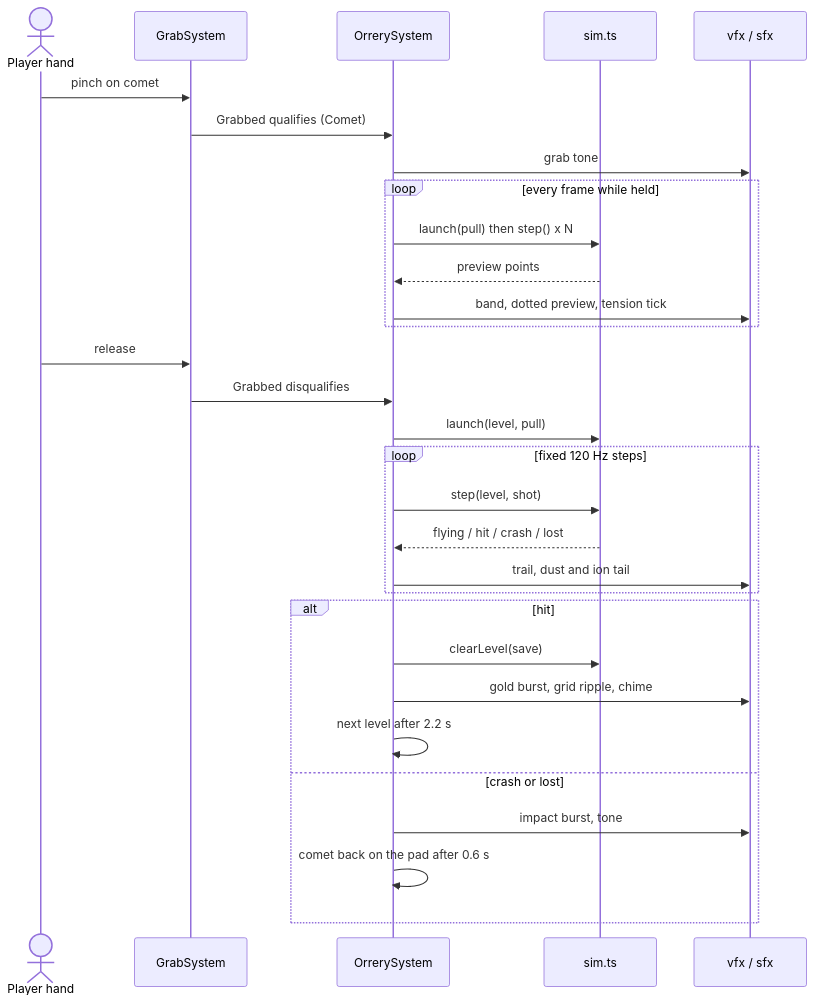
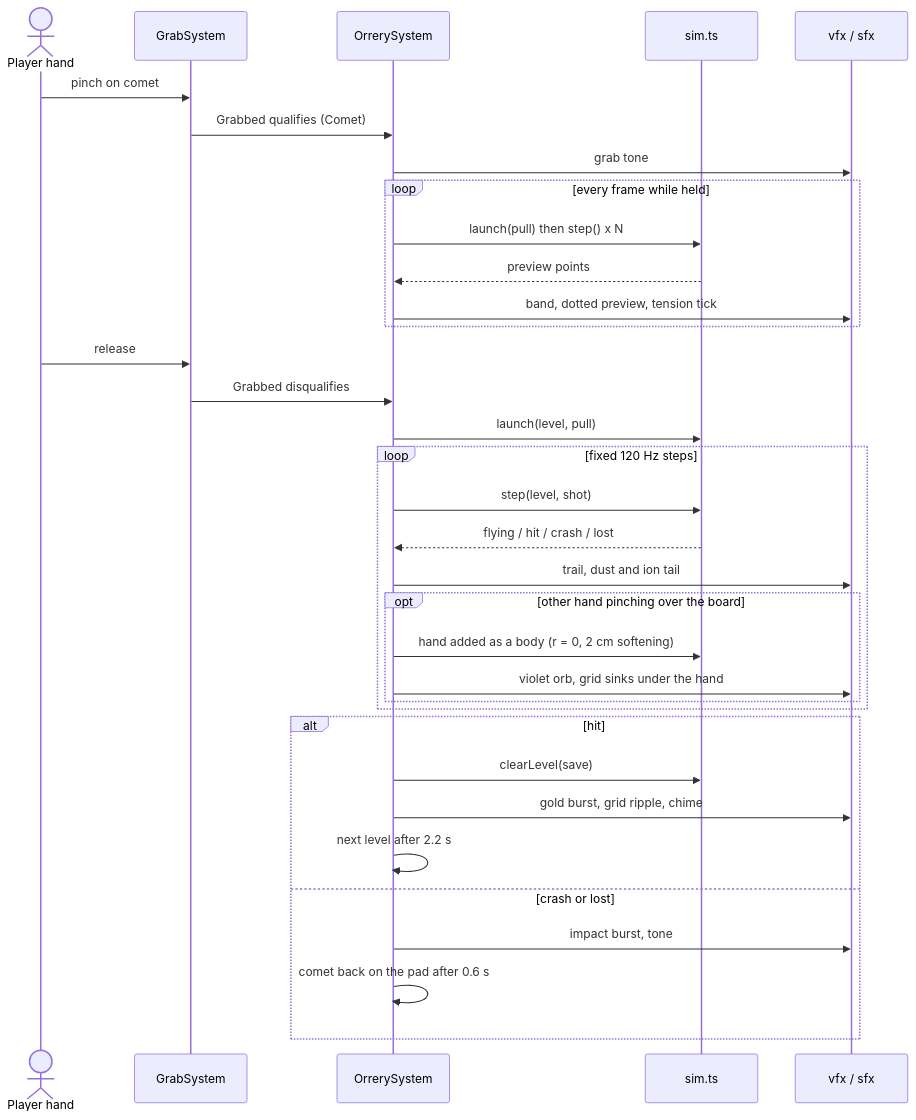
One commit to Abm32/perihelion-xr changed the second of 5 diagrams in README.md. Above: the diagram before and after it, drawn with Mermaid. The commit also changed other lines of this file and 6 other files, not shown here.

````diff
--- a/README.md
+++ b/README.md
@@ -95,33 +100,37 @@
 ```mermaid
 sequenceDiagram
     actor P as Player hand
     participant G as GrabSystem
     participant O as OrrerySystem
     participant S as sim.ts
     participant V as vfx / sfx
 
     P->>G: pinch on comet
     G->>O: Grabbed qualifies (Comet)
     O->>V: grab tone
     loop every frame while held
         O->>S: launch(pull) then step() x N
         S-->>O: preview points
         O->>V: band, dotted preview, tension tick
     end
     P->>G: release
     G->>O: Grabbed disqualifies
     O->>S: launch(level, pull)
     loop fixed 120 Hz steps
         O->>S: step(level, shot)
         S-->>O: flying / hit / crash / lost
         O->>V: trail, dust and ion tail
+        opt other hand pinching over the board
+            O->>S: hand added as a body (r = 0, 2 cm softening)
+            O->>V: violet orb, grid sinks under the hand
+        end
     end
     alt hit
         O->>S: clearLevel(save)
         O->>V: gold burst, grid ripple, chime
         O->>O: next level after 2.2 s
     else crash or lost
         O->>V: impact burst, tone
         O->>O: comet back on the pad after 0.6 s
     end
 ```
````
